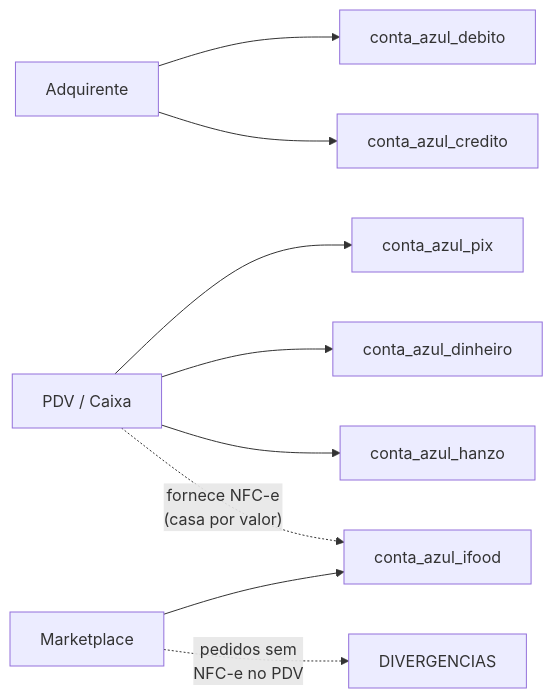
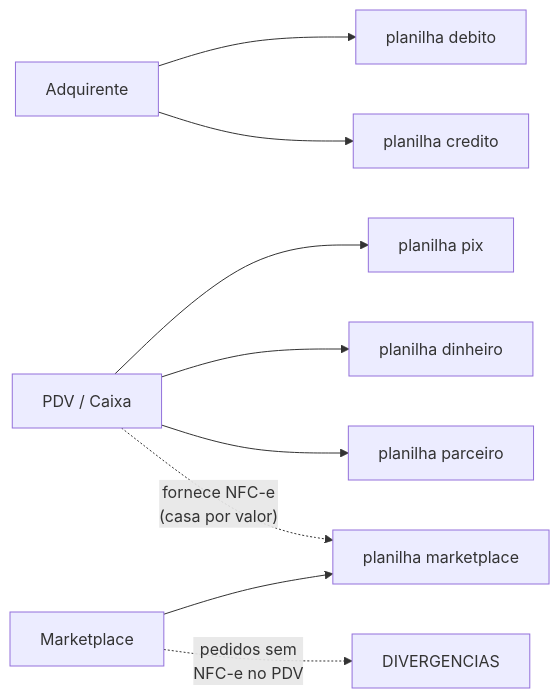
One commit to pvpatriota/conciliador-vendas-sistema-financeiro changed the second of 3 diagrams in docs/ARQUITETURA.md. Above: the diagram before and after it, drawn with Mermaid. The commit also changed other lines of this file and 7 other files, not shown here.

````diff
--- a/docs/ARQUITETURA.md
+++ b/docs/ARQUITETURA.md
@@ -60,11 +61,11 @@
 ```mermaid
 flowchart LR
-    ADQ["Adquirente"] --> DEB["conta_azul_debito"]
-    ADQ --> CRE["conta_azul_credito"]
-    PDV["PDV / Caixa"] --> PIX["conta_azul_pix"]
-    PDV --> DIN["conta_azul_dinheiro"]
-    PDV --> HAN["conta_azul_hanzo"]
-    MKT["Marketplace"] --> IFD["conta_azul_ifood"]
+    ADQ["Adquirente"] --> DEB["planilha debito"]
+    ADQ --> CRE["planilha credito"]
+    PDV["PDV / Caixa"] --> PIX["planilha pix"]
+    PDV --> DIN["planilha dinheiro"]
+    PDV --> HAN["planilha parceiro"]
+    MKT["Marketplace"] --> IFD["planilha marketplace"]
     PDV -. "fornece NFC-e<br/>(casa por valor)" .-> IFD
     MKT -. "pedidos sem<br/>NFC-e no PDV" .-> DIVV["DIVERGENCIAS"]
 ```
````
